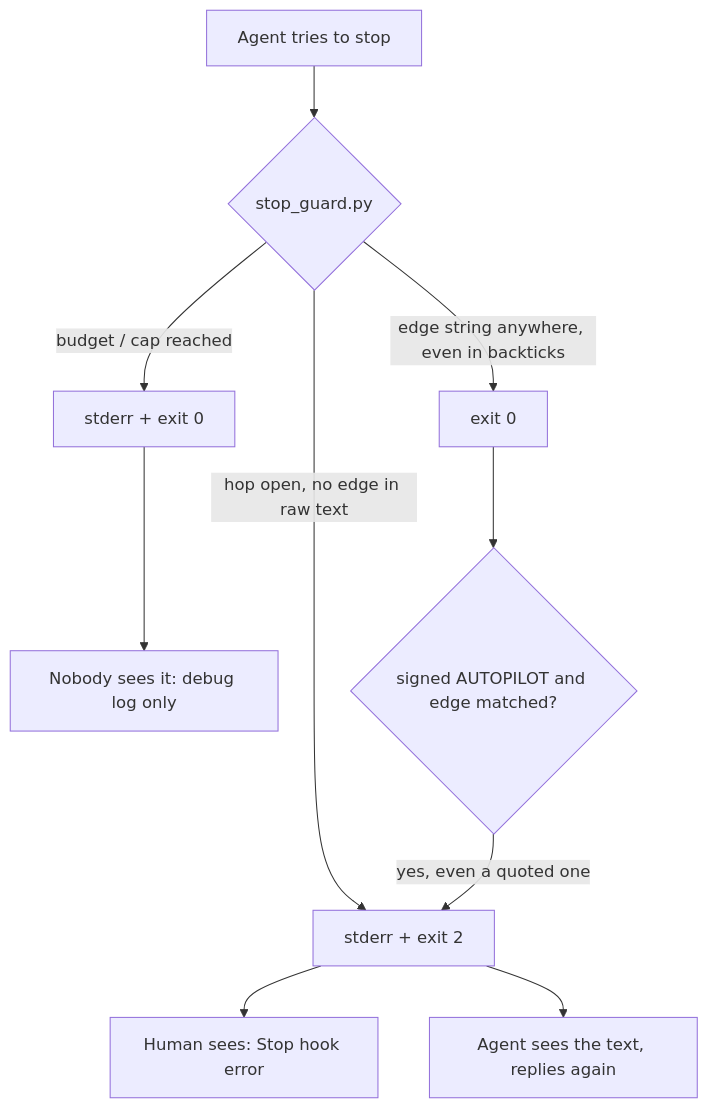
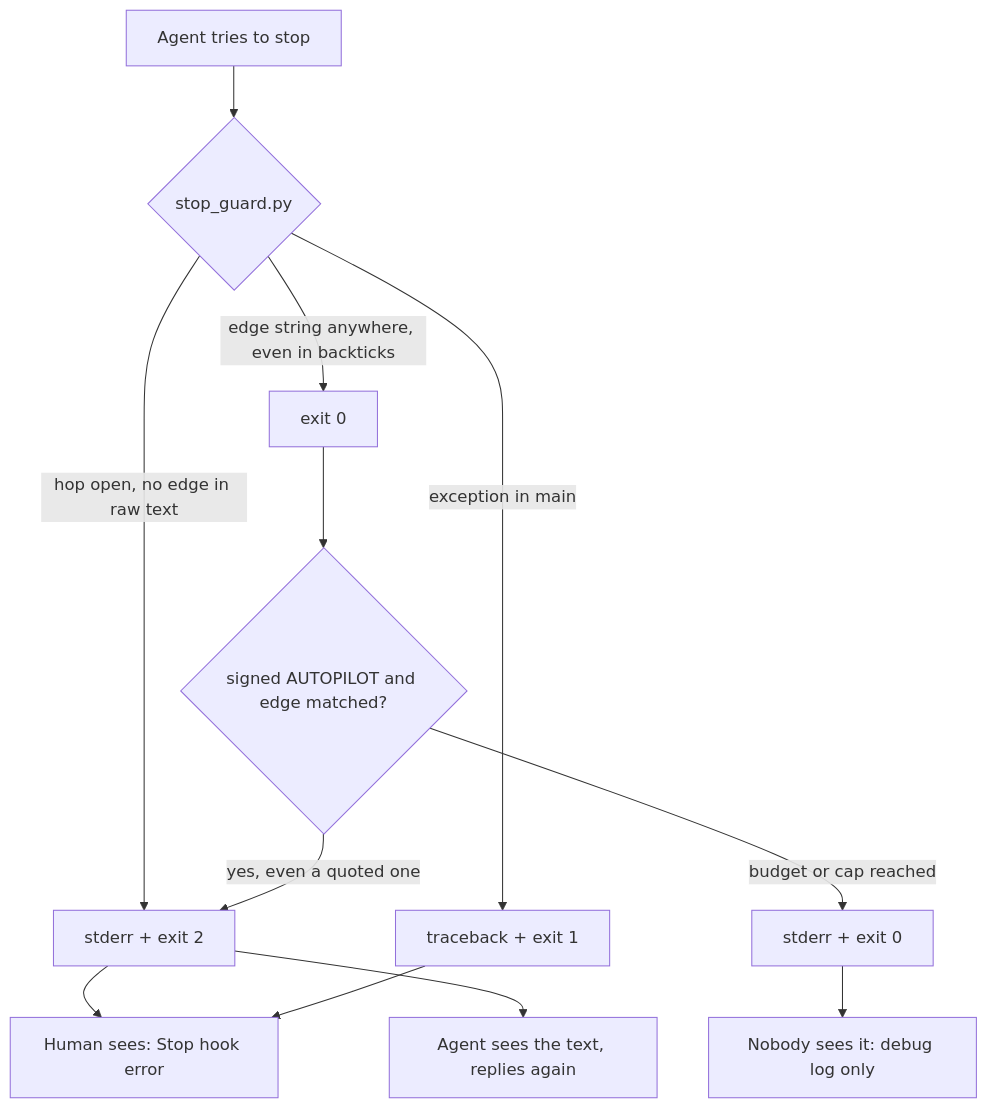
The first of 2 diagrams in docs/cascade/05b-t63-quiet-stop-guard.md (kadaluarsa/barbaric-driven-development), drawn with Mermaid before and after one commit. The commit also changed other lines of this file and 1 other file, not shown here.

````diff
--- a/docs/cascade/05b-t63-quiet-stop-guard.md
+++ b/docs/cascade/05b-t63-quiet-stop-guard.md
@@ -46,12 +56,14 @@
 ```mermaid
 flowchart TD
   S[Agent tries to stop] --> G{stop_guard.py}
   G -->|hop open, no edge in raw text| E2[stderr + exit 2]
   G -->|edge string anywhere, even in backticks| P[exit 0]
-  G -->|budget / cap reached| X[stderr + exit 0]
+  P --> Q{signed AUTOPILOT and edge matched?}
+  Q -->|yes, even a quoted one| E2
+  Q -->|budget or cap reached| X[stderr + exit 0]
+  G -->|exception in main| T[traceback + exit 1]
   E2 --> H1["Human sees: Stop hook error"]
   E2 --> C1[Agent sees the text, replies again]
   X --> N[Nobody sees it: debug log only]
-  P --> Q{signed AUTOPILOT and edge matched?}
-  Q -->|yes, even a quoted one| E2
+  T --> H1
 ```
````
